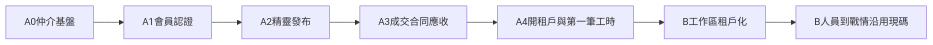
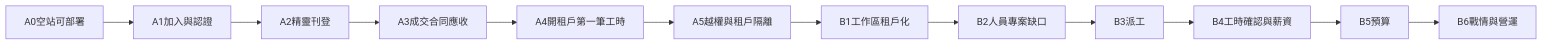
Before and after one commit to sjvann/AI_Project_Console: the second of 2 diagrams in docs/product/execution-plan.md, drawn with Mermaid. The commit also changed other lines of this file and 31 other files, not shown here.

````diff
--- a/docs/product/execution-plan.md
+++ b/docs/product/execution-plan.md
@@ -348,9 +159,14 @@
 ```mermaid
 flowchart LR
-  A0[A0仲介基盤] --> A1[A1會員認證]
-  A1 --> A2[A2精靈發布]
+  A0[A0空站可部署] --> A1[A1加入與認證]
+  A1 --> A2[A2精靈刊登]
   A2 --> A3[A3成交合同應收]
-  A3 --> A4[A4開租戶與第一筆工時]
-  A4 --> B0[B工作區租戶化]
-  B0 --> Bmod[B人員到戰情沿用現碼]
+  A3 --> A4[A4開租戶第一筆工時]
+A4 --> A5[A5越權與租戶隔離]
+  A5 --> B1[B1工作區租戶化]
+  B1 --> B2[B2人員專案缺口]
+  B2 --> B3[B3派工]
+  B3 --> B4[B4工時確認與薪資]
+  B4 --> B5[B5預算]
+  B5 --> B6[B6戰情與營運]
 ```
````
